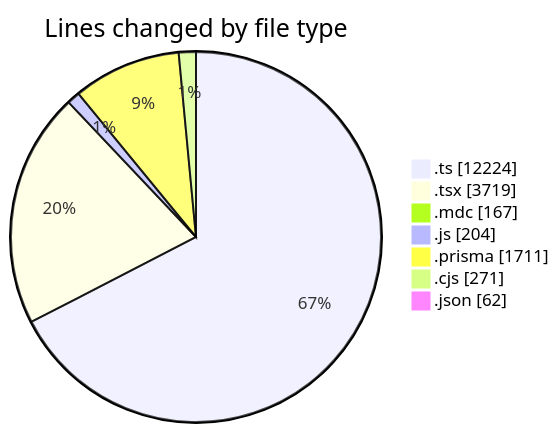
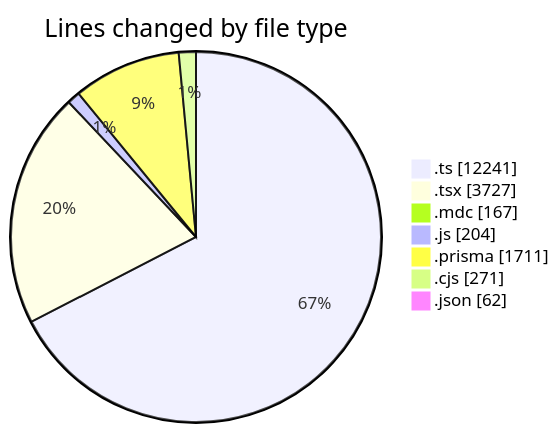
Before and after one commit to CELIANVF/code-tracking: the first of 2 diagrams in 2025-06-06/ecodeli-1/README.md, drawn with Mermaid. The commit also changed other lines of this file and 1 other file, not shown here.

````diff
--- a/2025-06-06/ecodeli-1/README.md
+++ b/2025-06-06/ecodeli-1/README.md
@@ -70,11 +70,11 @@
 ```mermaid
 pie showData
 title Lines changed by file type
-".ts" : 12224
-".tsx" : 3719
+".ts" : 12241
+".tsx" : 3727
 ".mdc" : 167
 ".js" : 204
 ".prisma" : 1711
 ".cjs" : 271
 ".json" : 62
 ```
````
